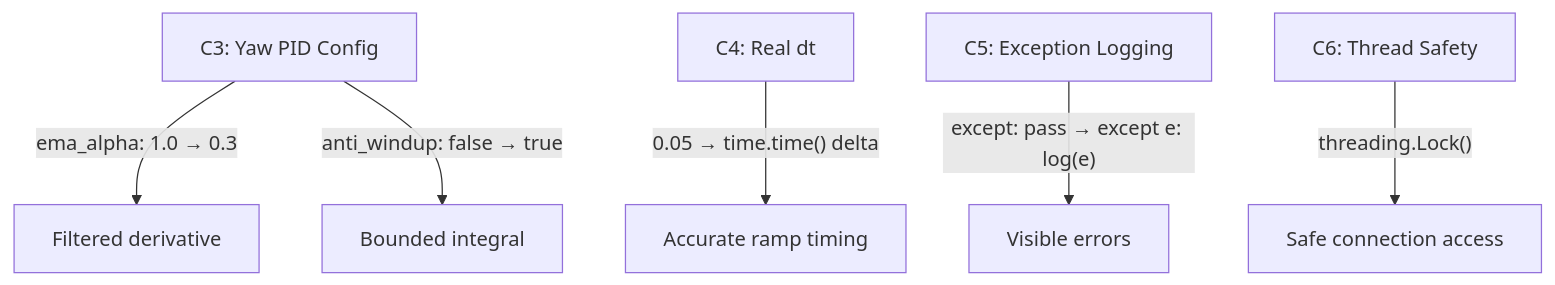
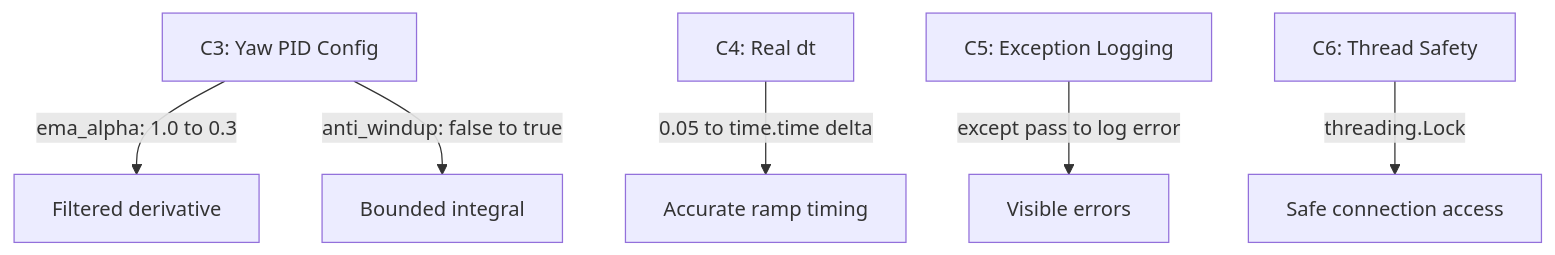
Before and after one commit to fh1m/duburi-codebase: the ninth of 16 diagrams in analysis/design-decisions/control-stack-redesign.md, drawn with Mermaid. The commit also changed 1 other file, not shown here.

Commit message:
fix: Mermaid diagram syntax for GitHub rendering
- Remove forward slashes from node labels (e.g., /dev/video0 -> video0)
- Add subgraph IDs where subgraphs are referenced as nodes
- Replace Unicode arrows (→, ←) with text in edge labels
- Fix node references to subgraphs (use individual nodes instead)
- Update topic names to avoid path-like syntax

````diff
--- a/analysis/design-decisions/control-stack-redesign.md
+++ b/analysis/design-decisions/control-stack-redesign.md
@@ -245,11 +245,11 @@
 ```mermaid
 flowchart TD
-    C3[C3: Yaw PID Config] --> |"ema_alpha: 1.0 → 0.3"| C3F[Filtered derivative]
-    C3 --> |"anti_windup: false → true"| C3W[Bounded integral]
+    C3[C3: Yaw PID Config] -->|"ema_alpha: 1.0 to 0.3"| C3F[Filtered derivative]
+    C3 -->|"anti_windup: false to true"| C3W[Bounded integral]
     
-    C4[C4: Real dt] --> |"0.05 → time.time() delta"| C4F[Accurate ramp timing]
+    C4[C4: Real dt] -->|"0.05 to time.time delta"| C4F[Accurate ramp timing]
     
-    C5[C5: Exception Logging] --> |"except: pass → except e: log(e)"| C5F[Visible errors]
+    C5[C5: Exception Logging] -->|"except pass to log error"| C5F[Visible errors]
     
-    C6[C6: Thread Safety] --> |"threading.Lock()"| C6F[Safe connection access]
+    C6[C6: Thread Safety] -->|"threading.Lock"| C6F[Safe connection access]
 ```
````
